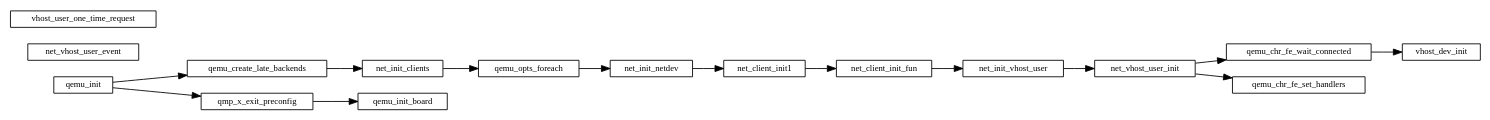
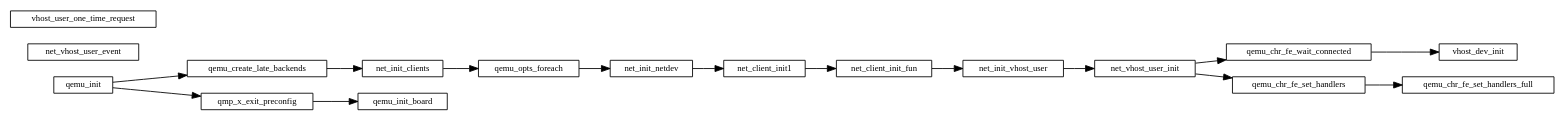
Before and after one commit to sisyphus1212/note: the diagram in qemu/qemu初始化.md, drawn with Graphviz.

Commit message:
auto_update

````diff
--- a/qemu/qemu初始化.md
+++ b/qemu/qemu初始化.md
@@ -11,31 +11,32 @@
 ```graphviz
 digraph {
     fontname="Helvetica,Arial,sans-serif"
     //node [fontname="Helvetica,Arial,sans-serif"]
     //edge [fontname="Helvetica,Arial,sans-serif"]
     rankdir="LR"
     node [fontsize=10, shape=record, height=0.25]
     edge [fontsize=10]
 
     qemu_init -> qemu_create_late_backends
               -> net_init_clients
               -> qemu_opts_foreach
               -> net_init_netdev
               -> net_client_init1
               -> net_client_init_fun
               -> net_init_vhost_user
               -> net_vhost_user_init
               -> qemu_chr_fe_wait_connected
               -> vhost_dev_init
     net_vhost_user_init -> qemu_chr_fe_set_handlers
+                        -> qemu_chr_fe_set_handlers_full
 
 
     qemu_init -> qmp_x_exit_preconfig -> qemu_init_board // 初始化cpu 内存
 
     vhost_dev_init
 
     net_vhost_user_event
 
     vhost_user_one_time_request
 }
 ```
````
